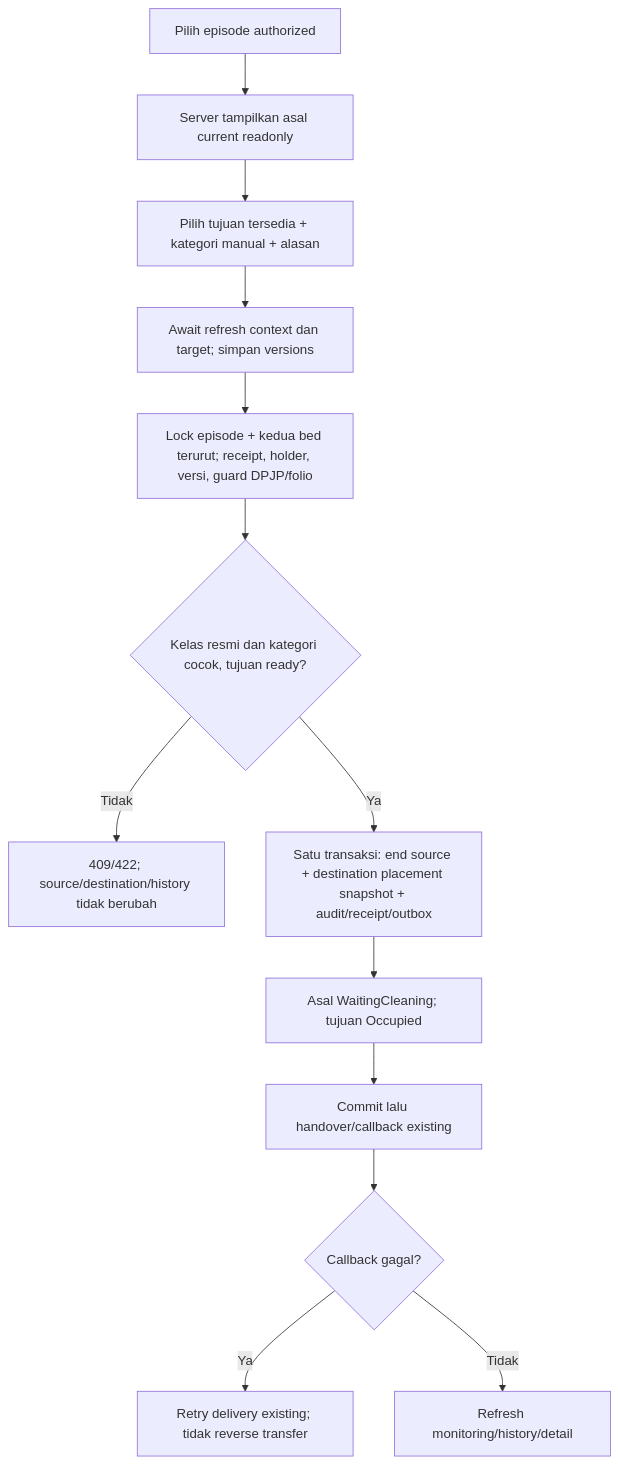
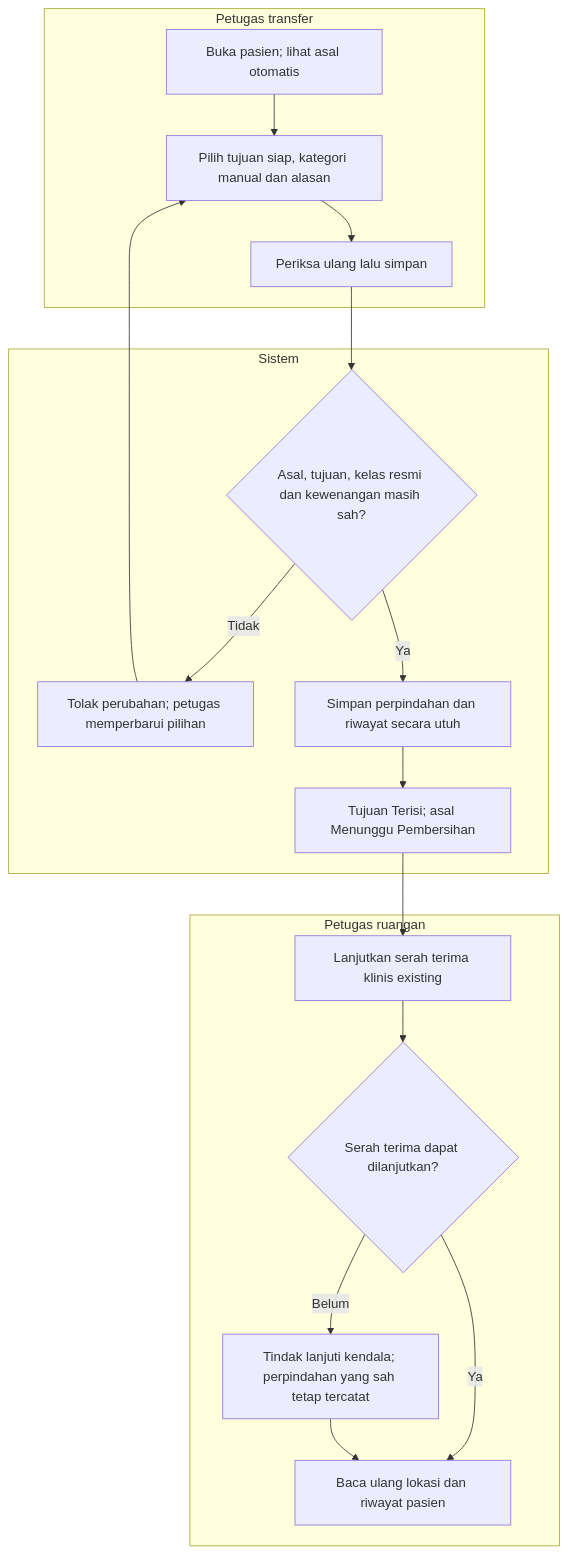
One commit to DevBenari/NewQuilvianSystemBackend changed the diagram in docs/module-blueprints/rawat-inap/episode-rawat-inap/flowcharts/10-bed-transfer.md. Above: the diagram before and after it, drawn with Mermaid. The commit also changed other lines of this file and 19 other files, not shown here.

First line of the commit message:
Add bed management source snapshot for assessment BM-IMP-20261011-01

````diff
--- a/docs/module-blueprints/rawat-inap/episode-rawat-inap/flowcharts/10-bed-transfer.md
+++ b/docs/module-blueprints/rawat-inap/episode-rawat-inap/flowcharts/10-bed-transfer.md
@@ -7,15 +7,21 @@
 ```mermaid
 flowchart TD
- A["Pilih episode authorized"] --> B["Server tampilkan asal current readonly"]
- B --> C["Pilih tujuan tersedia + kategori manual + alasan"]
- C --> D["Await refresh context dan target; simpan versions"]
- D --> E["Lock episode + kedua bed terurut; receipt, holder, versi, guard DPJP/folio"]
- E --> F{"Kelas resmi dan kategori cocok, tujuan ready?"}
- F -- Tidak --> G["409/422; source/destination/history tidak berubah"]
- F -- Ya --> H["Satu transaksi: end source + destination placement snapshot + audit/receipt/outbox"]
- H --> I["Asal WaitingCleaning; tujuan Occupied"]
- I --> J["Commit lalu handover/callback existing"]
- J --> K{"Callback gagal?"}
- K -- Ya --> L["Retry delivery existing; tidak reverse transfer"]
- K -- Tidak --> M["Refresh monitoring/history/detail"]
+ subgraph petugas[Petugas transfer]
+  A["Buka pasien; lihat asal otomatis"] --> B["Pilih tujuan siap, kategori manual dan alasan"]
+  B --> C["Periksa ulang lalu simpan"]
+ end
+ subgraph sistem[Sistem]
+  C --> D{"Asal, tujuan, kelas resmi dan kewenangan masih sah?"}
+  D -- Tidak --> E["Tolak perubahan; petugas memperbarui pilihan"]
+  D -- Ya --> F["Simpan perpindahan dan riwayat secara utuh"]
+  F --> G["Tujuan Terisi; asal Menunggu Pembersihan"]
+ end
+ subgraph ruangan[Petugas ruangan]
+  G --> H["Lanjutkan serah terima klinis existing"]
+  H --> I{"Serah terima dapat dilanjutkan?"}
+  I -- Ya --> J["Baca ulang lokasi dan riwayat pasien"]
+  I -- Belum --> K["Tindak lanjuti kendala; perpindahan yang sah tetap tercatat"]
+ end
+ E --> B
+ K --> J
 ```
````
